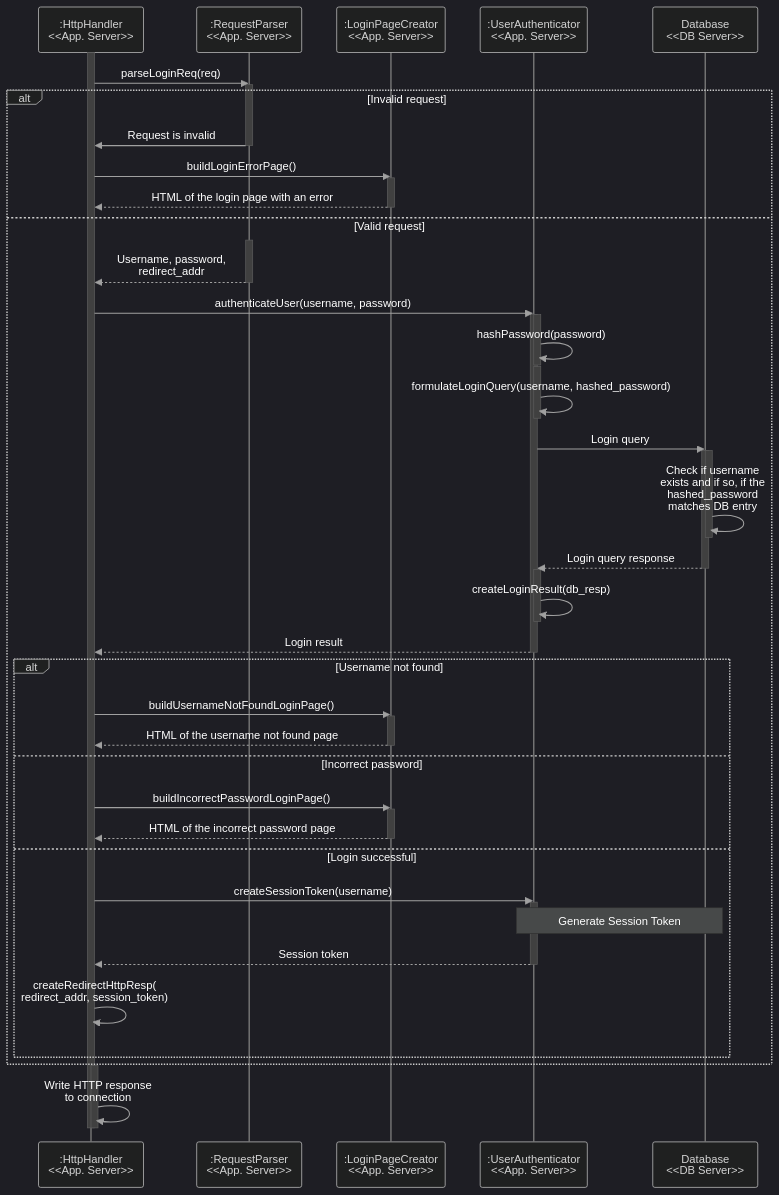
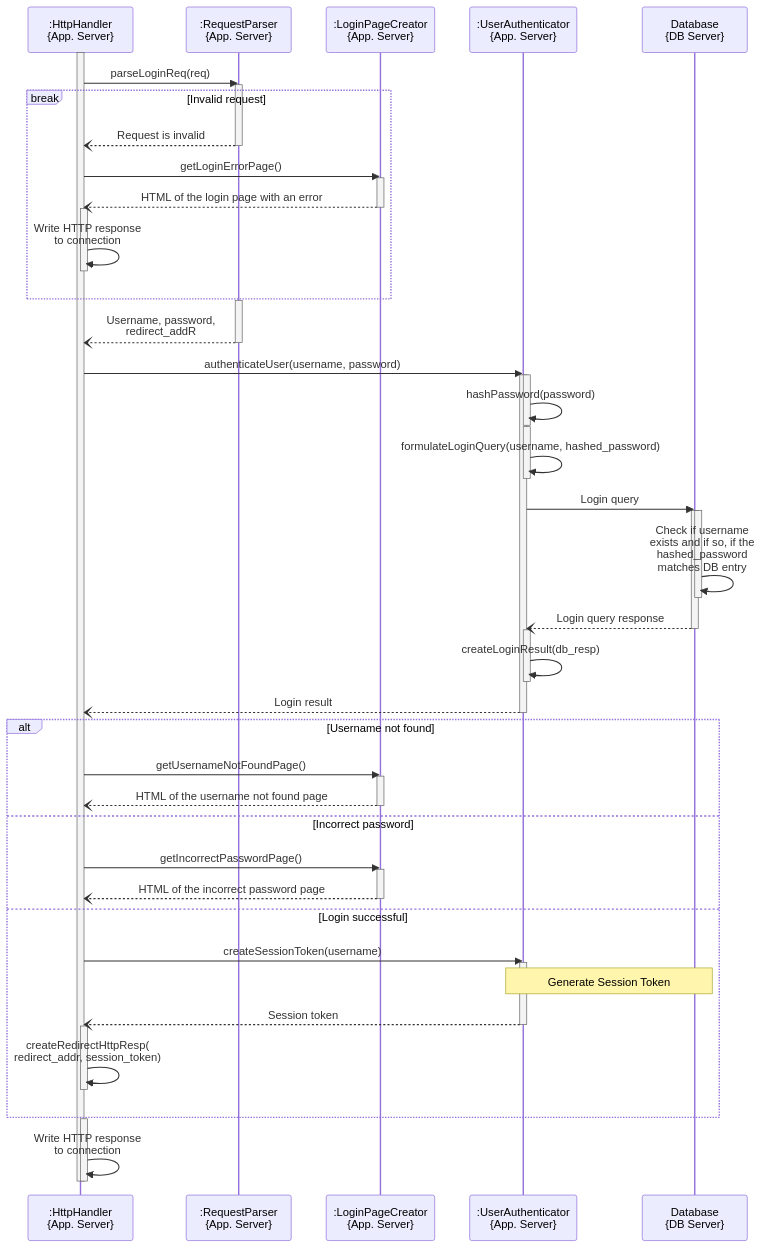
Before and after one commit to ahmadxzaki/SOFT437: the second of 4 diagrams in A1/Login-SequenceDiagram.md, drawn with Mermaid. The commit also changed other lines of this file and 6 other files, not shown here.

````diff
--- a/A1/Login-SequenceDiagram.md
+++ b/A1/Login-SequenceDiagram.md
@@ -48,90 +39,94 @@
 ```mermaid
-%%{init: {
-  "theme": "dark",
-  "themeVariables": {
+%% %%{init: {
+%%   "theme": "dark",
+%%   "themeVariables": {
 
-    "textColor": "#ffffff",
-    "actorLineColor": "#787878",
-    "signalColor": "#a0a0a0",
-    "signalTextColor": "#ffffff",
-    "loopTextColor": "#ffffff",
-    "noteTextColor": "#ffffff",
+%%     "textColor": "#ffffff",
+%%     "actorLineColor": "#787878",
+%%     "signalColor": "#a0a0a0",
+%%     "signalTextColor": "#ffffff",
+%%     "loopTextColor": "#ffffff",
+%%     "noteTextColor": "#ffffff",
     
-    "activationBkgColor": "#404040",
-    "activationBorderColor": "#5d5d5d"
-  }
-}}%%
+%%     "activationBkgColor": "#404040",
+%%     "activationBorderColor": "#5d5d5d"
+%%   }
+%% }}%%
 sequenceDiagram
-    participant H as :HttpHandler<br> <<App. Server>>
-    participant P as :RequestParser<br> <<App. Server>>
-    participant L as :LoginPageCreator<br> <<App. Server>>
-    participant A as :UserAuthenticator<br> <<App. Server>>
-    participant DB as Database<br><<DB Server>>
+    participant H as :HttpHandler<br> {App. Server}
+    participant P as :RequestParser<br> {App. Server}
+    participant L as :LoginPageCreator<br> {App. Server}
+    participant A as :UserAuthenticator<br> {App. Server}
+    participant DB as Database<br> {DB Server}
 
     activate H
     H->>P: parseLoginReq(req)
     activate P
 
-    alt Invalid request
-        P->>H: Request is invalid
+    break Invalid request
+        P--)H: Request is invalid
         deactivate P
-        H->>L: buildLoginErrorPage()
+        H->>L: getLoginErrorPage()
         activate L
-        L-->>H: HTML of the login page with an error
+        L--)H: HTML of the login page with an error
         
         deactivate L
+
+        activate H
+        H->>H: Write HTTP response<br>to connection
+        deactivate H
+    end
         
-    else Valid request
-        activate P
-        P-->>H: Username, password,<br>redirect_addr
-        deactivate P
+    %% else Valid request
+    activate P
+    P--)H: Username, password,<br>redirect_addR
+    deactivate P
 
-        H->>A: authenticateUser(username, password)
-        activate A
-
-            activate A
-            A->>A: hashPassword(password)
-            deactivate A
-
-            activate A
-            A->>A: formulateLoginQuery(username, hashed_password)
-            deactivate A
-
-        A->>DB: Login query
-        activate DB
-            activate DB
-            DB->>DB: Check if username<br>exists and if so, if the <br>hashed_password <br>matches DB entry
-            deactivate DB
-        DB-->>A: Login query response
-        deactivate DB
+    H->>A: authenticateUser(username, password)
+    activate A
 
         activate A
-        A->>A: createLoginResult(db_resp)
+        A->>A: hashPassword(password)
         deactivate A
 
-        A-->>H: Login result
+        activate A
+        A->>A: formulateLoginQuery(username, hashed_password)
         deactivate A
-            
-        alt Username not found
-            H->>L: buildUsernameNotFoundLoginPage()
-            activate L
-            L-->>H: HTML of the username not found page
-            deactivate L
-        else Incorrect password
-            H->>L: buildIncorrectPasswordLoginPage()
-            activate L
-            L-->>H: HTML of the incorrect password page
-            deactivate L
-        else Login successful
-            H->>A: createSessionToken(username)
-            activate A
-            Note over A, DB: Generate Session Token
-            A-->>H: Session token
-            deactivate A
-            H->>H: createRedirectHttpResp(<br>redirect_addr, session_token)
-        end
 
+    A->>DB: Login query
+    activate DB
+        activate DB
+        DB->>DB: Check if username<br>exists and if so, if the <br>hashed_password <br>matches DB entry
+        deactivate DB
+    DB--)A: Login query response
+    deactivate DB
+
+    activate A
+    A->>A: createLoginResult(db_resp)
+    deactivate A
+
+    A--)H: Login result
+    deactivate A
         
+    alt Username not found
+        H->>L: getUsernameNotFoundPage()
+        activate L
+        L--)H: HTML of the username not found page
+        deactivate L
+    else Incorrect password
+        H->>L: getIncorrectPasswordPage()
+        activate L
+        L--)H: HTML of the incorrect password page
+        deactivate L
+    else Login successful
+        H->>A: createSessionToken(username)
+        activate A
+        Note over A, DB: Generate Session Token
+        A--)H: Session token
+        deactivate A
+        activate H
+        H->>H: createRedirectHttpResp(<br>redirect_addr, session_token)
+        deactivate H
     end
 
     activate H
````
